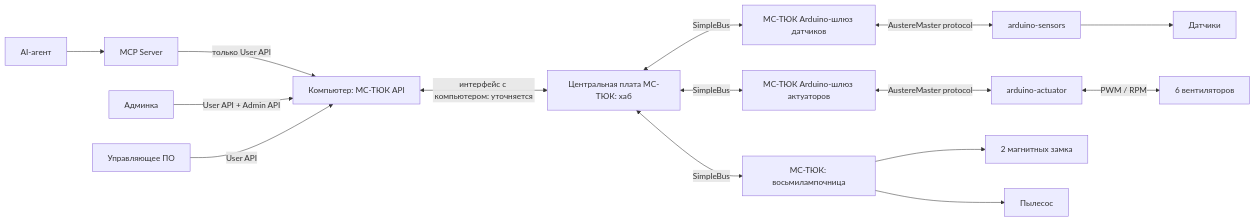
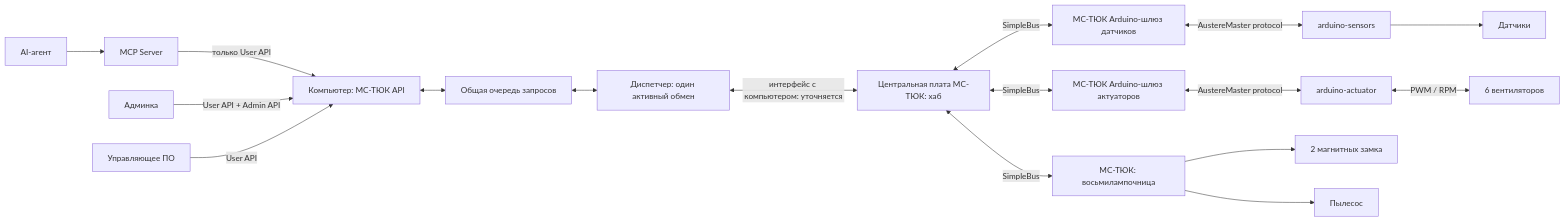
One commit to polyus-nt/mki-server changed the first of 2 diagrams in docs/HARDWARE-API-ARCHITECTURE.md. Above: the diagram before and after it, drawn with Mermaid. The commit also changed other lines of this file and 1 other file, not shown here.

Commit message:
Define shared server queue and deferred hardware responses

````diff
--- a/docs/HARDWARE-API-ARCHITECTURE.md
+++ b/docs/HARDWARE-API-ARCHITECTURE.md
@@ -17,17 +17,19 @@
 ```mermaid
 flowchart LR
     Agent["AI-агент"] --> MCP["MCP Server"]
     MCP -->|"только User API"| API["Компьютер: МС-ТЮК API"]
     Admin["Админка"] -->|"User API + Admin API"| API
     Controller["Управляющее ПО"] -->|"User API"| API
-    API <-->|"интерфейс с компьютером: уточняется"| Hub["Центральная плата МС-ТЮК: хаб"]
+    API <--> Queue["Общая очередь запросов"]
+    Queue <--> Transport["Диспетчер: один активный обмен"]
+    Transport <-->|"интерфейс с компьютером: уточняется"| Hub["Центральная плата МС-ТЮК: хаб"]
     Hub <-->|SimpleBus| GWS["МС-ТЮК Arduino-шлюз датчиков"]
     Hub <-->|SimpleBus| GWA["МС-ТЮК Arduino-шлюз актуаторов"]
     GWS <-->|"AustereMaster protocol"| Sensors["arduino-sensors"]
     GWA <-->|"AustereMaster protocol"| Actuator["arduino-actuator"]
     Sensors --> HWs["Датчики"]
     Actuator <-->|"PWM / RPM"| Fans["6 вентиляторов"]
     Hub <-->|SimpleBus| Eight["МС-ТЮК: восьмилампочница"]
     Eight --> Lock["2 магнитных замка"]
     Eight --> Vacuum["Пылесос"]
 ```
````
